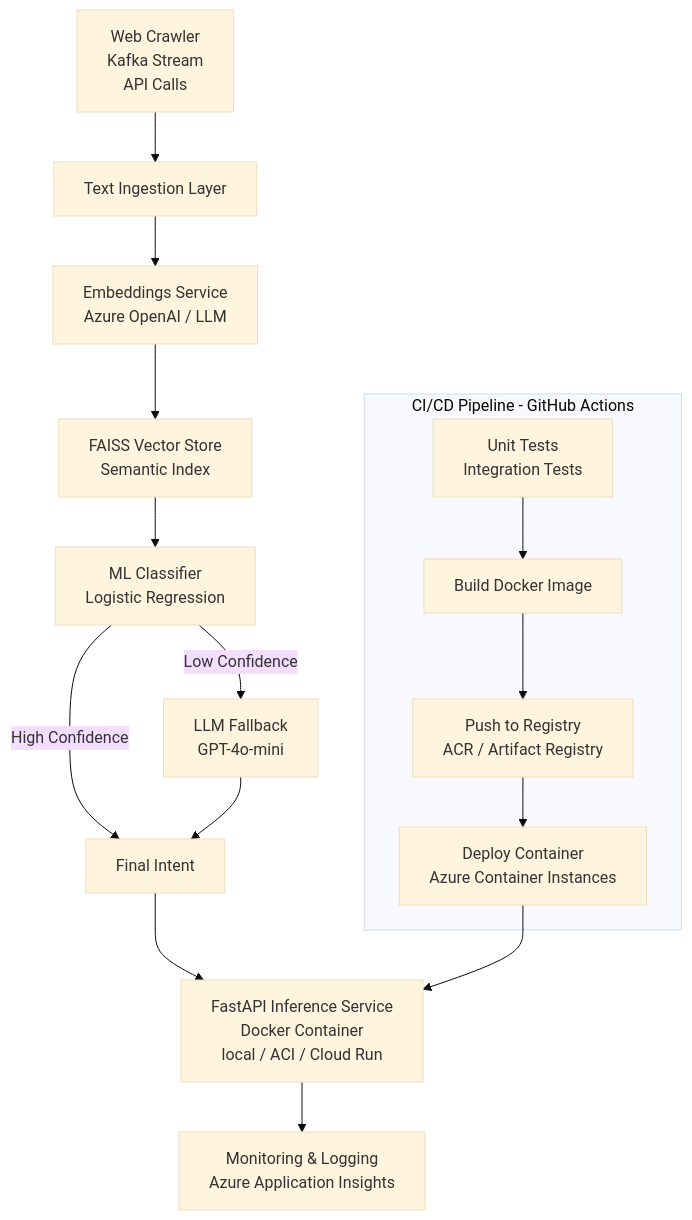
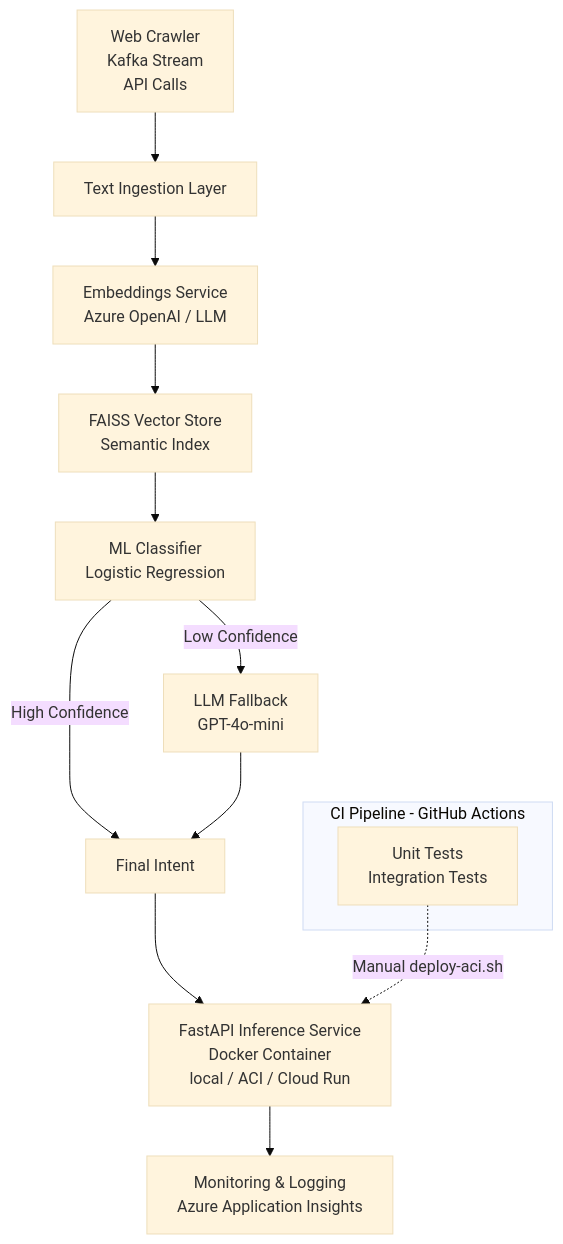
One commit to RobertBauer-dev/azure_intent_class_ops changed the diagram in README.md. Above: the diagram before and after it, drawn with Mermaid (base theme). The commit also changed other lines of this file and 3 other files, not shown here.

Commit message:
Moved Azure setup instructions from anleitung.txt to README:md and enhance README with detailed architecture diagram, setup instructions, and deployment steps. Update model scripts for clarity and improved comments on thresholds and predictions.

````diff
--- a/README.md
+++ b/README.md
@@ -78,48 +5,32 @@
 ```mermaid
 flowchart TD
 
-%% ===========================
 %% Sources & Ingestion
-%% ===========================
-A["Web Crawler<br/>Kafka Stream<br/>API Calls"] --> B["Text Ingestion Layer"]
+A[Web Crawler<br/>Kafka Stream<br/>API Calls] --> B[Text Ingestion Layer]
 
-%% ===========================
 %% Embeddings + Index
-%% ===========================
-B --> C["Embeddings Service<br/>Azure OpenAI / LLM"]
-C --> D["FAISS Vector Store<br/>Semantic Index"]
+B --> C[Embeddings Service<br/>Azure OpenAI / LLM]
+C --> D[FAISS Vector Store<br/>Semantic Index]
 
-%% ===========================
 %% ML Model
-%% ===========================
-D --> E["ML Classifier<br/>Logistic Regression"]
+D --> E[ML Classifier<br/>Logistic Regression]
 
-%% ===========================
 %% Decision Layer
-%% ===========================
-E -->|High Confidence| G["Final Intent"]
-E -->|Low Confidence| F["LLM Fallback<br/>GPT-4o-mini"]
-
+E -->|High Confidence| G[Final Intent]
+E -->|Low Confidence| F[LLM Fallback<br/>GPT-4o-mini]
 F --> G
 
-%% ===========================
 %% Serving Layer
-%% ===========================
-G --> H["FastAPI Inference Service<br/>Docker Container<br/>local / ACI / Cloud Run"]
+G --> H[FastAPI Inference Service<br/>Docker Container<br/>local / ACI / Cloud Run]
 
-%% ===========================
 %% Monitoring
-%% ===========================
-H --> I["Monitoring & Logging<br/>Azure Application Insights"]
+H --> I[Monitoring & Logging<br/>Azure Application Insights]
 
-%% ===========================
-%% CI/CD
-%% ===========================
-subgraph CI_CD["CI/CD Pipeline - GitHub Actions"]
-    J["Unit Tests<br/>Integration Tests"] --> K["Build Docker Image"]
-    K --> L["Push to Registry<br/>ACR / Artifact Registry"]
-    L --> M["Deploy Container<br/>Azure Container Instances"]
+%% CI Pipeline
+subgraph CI[CI Pipeline - GitHub Actions]
+    J[Unit Tests<br/>Integration Tests]
 end
 
-M --> H
+%% Manual Deployment
+J -.->|Manual deploy-aci.sh| H
 ```
````
